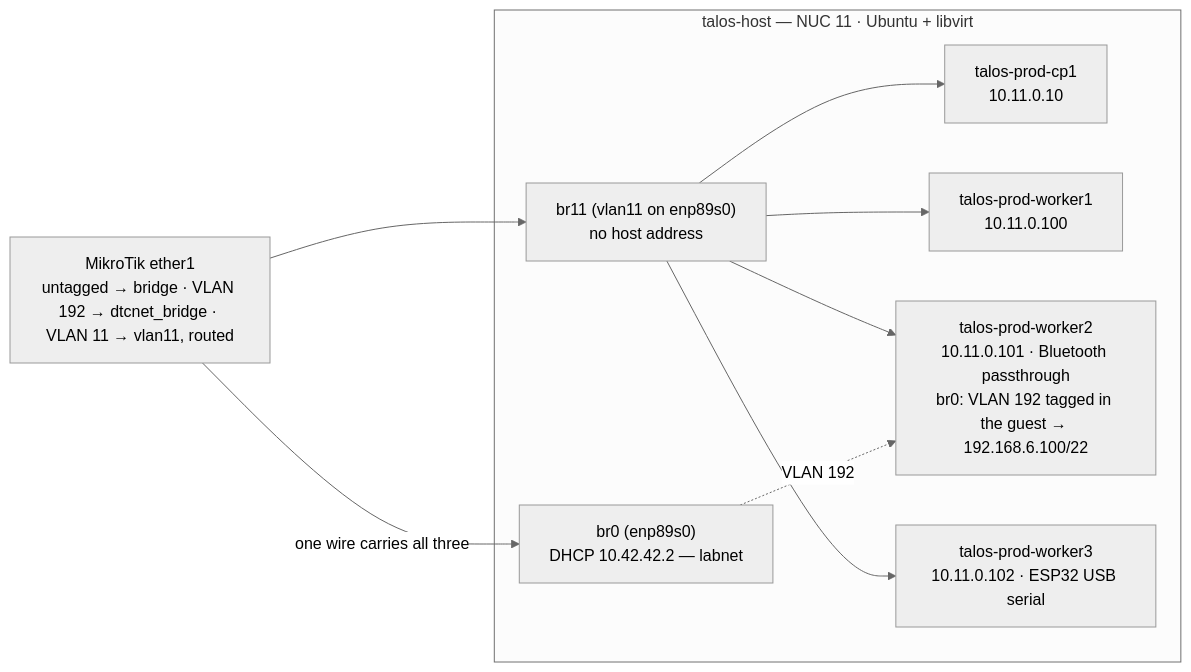
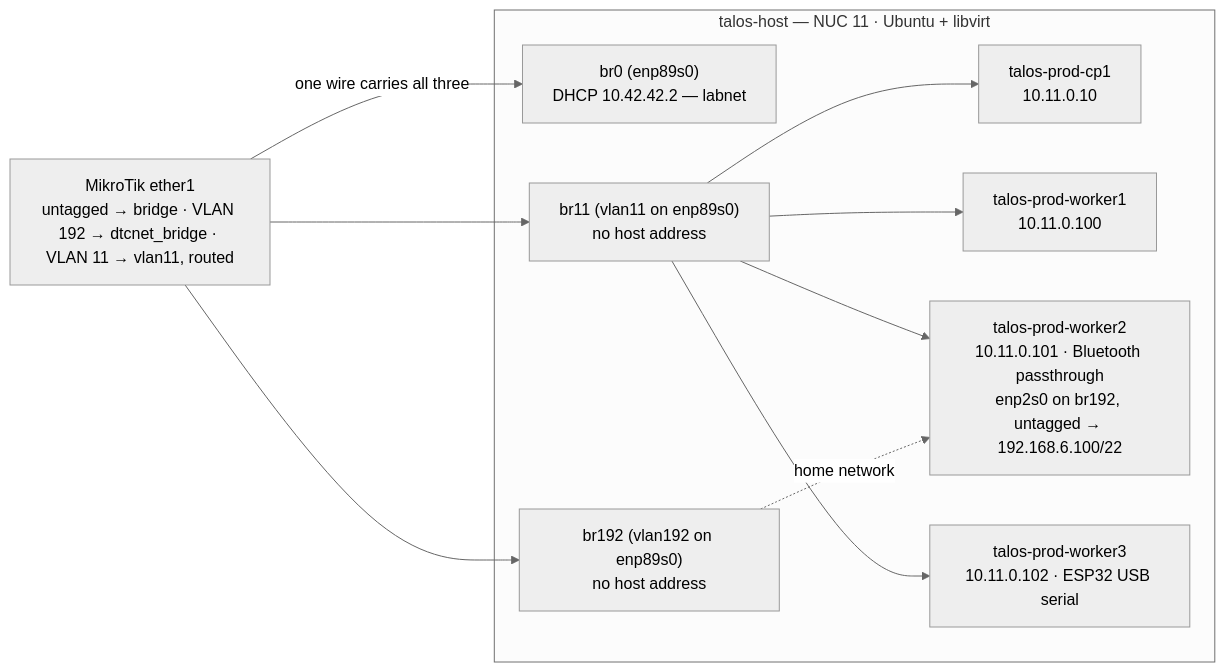
One commit to dancavallaro/homelab changed the second of 4 diagrams in docs/network.md. Above: the diagram before and after it, drawn with Mermaid (neutral theme). The commit also changed other lines of this file and 7 other files, not shown here.

First line of the commit message:
Move worker2's home-network NIC to its own bridge on talos-host

````diff
--- a/docs/network.md
+++ b/docs/network.md
@@ -124,21 +125,23 @@
 ```mermaid
 flowchart LR
     e1["MikroTik ether1<br>untagged → bridge · VLAN 192 → dtcnet_bridge · VLAN 11 → vlan11, routed"]
 
     subgraph th["talos-host — NUC 11 · Ubuntu + libvirt"]
         br0["br0 (enp89s0)<br>DHCP 10.42.42.2 — labnet"]
         br11["br11 (vlan11 on enp89s0)<br>no host address"]
+        br192["br192 (vlan192 on enp89s0)<br>no host address"]
         cp1["talos-prod-cp1<br>10.11.0.10"]
         w1["talos-prod-worker1<br>10.11.0.100"]
-        w2["talos-prod-worker2<br>10.11.0.101 · Bluetooth passthrough<br>br0: VLAN 192 tagged in the guest → 192.168.6.100/22"]
+        w2["talos-prod-worker2<br>10.11.0.101 · Bluetooth passthrough<br>enp2s0 on br192, untagged → 192.168.6.100/22"]
         w3["talos-prod-worker3<br>10.11.0.102 · ESP32 USB serial"]
     end
 
     e1 -->|"one wire carries all three"| br0
     e1 --> br11
     br11 --> cp1
     br11 --> w1
     br11 --> w2
     br11 --> w3
-    br0 -.->|"VLAN 192"| w2
+    e1 --> br192
+    br192 -.->|"home network"| w2
 ```
````
